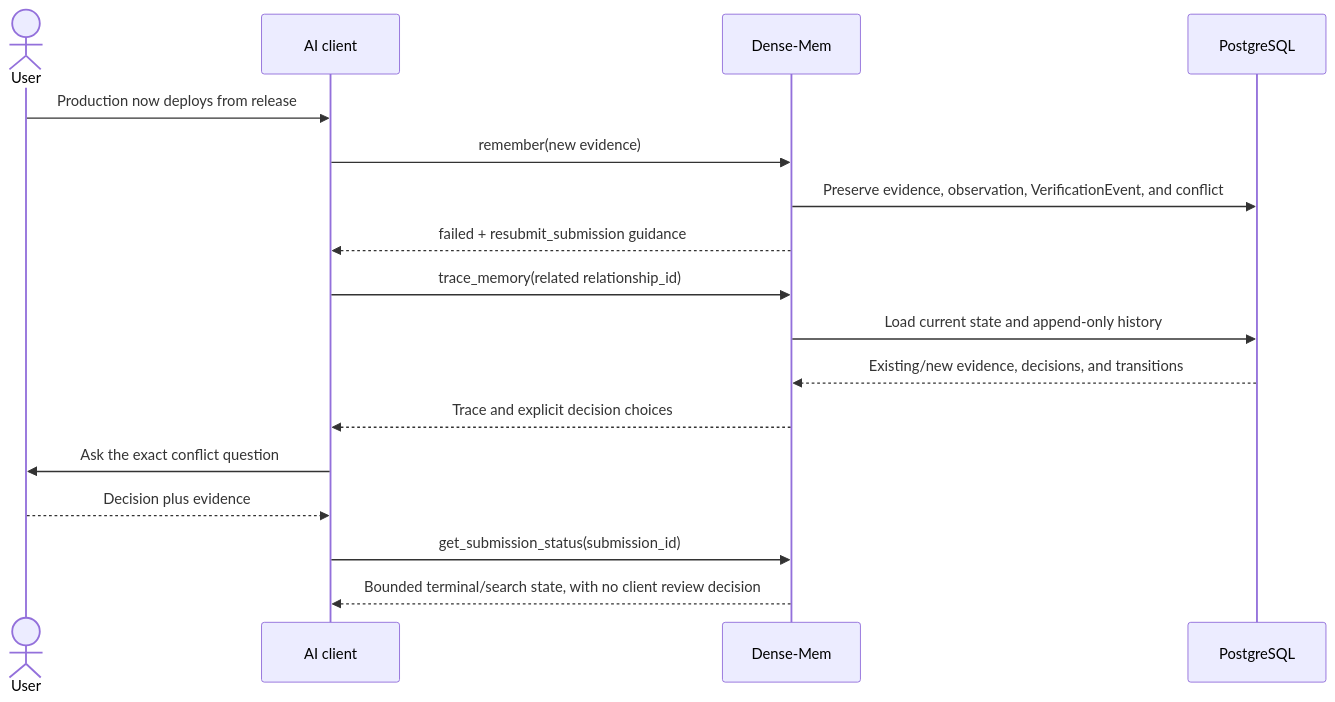
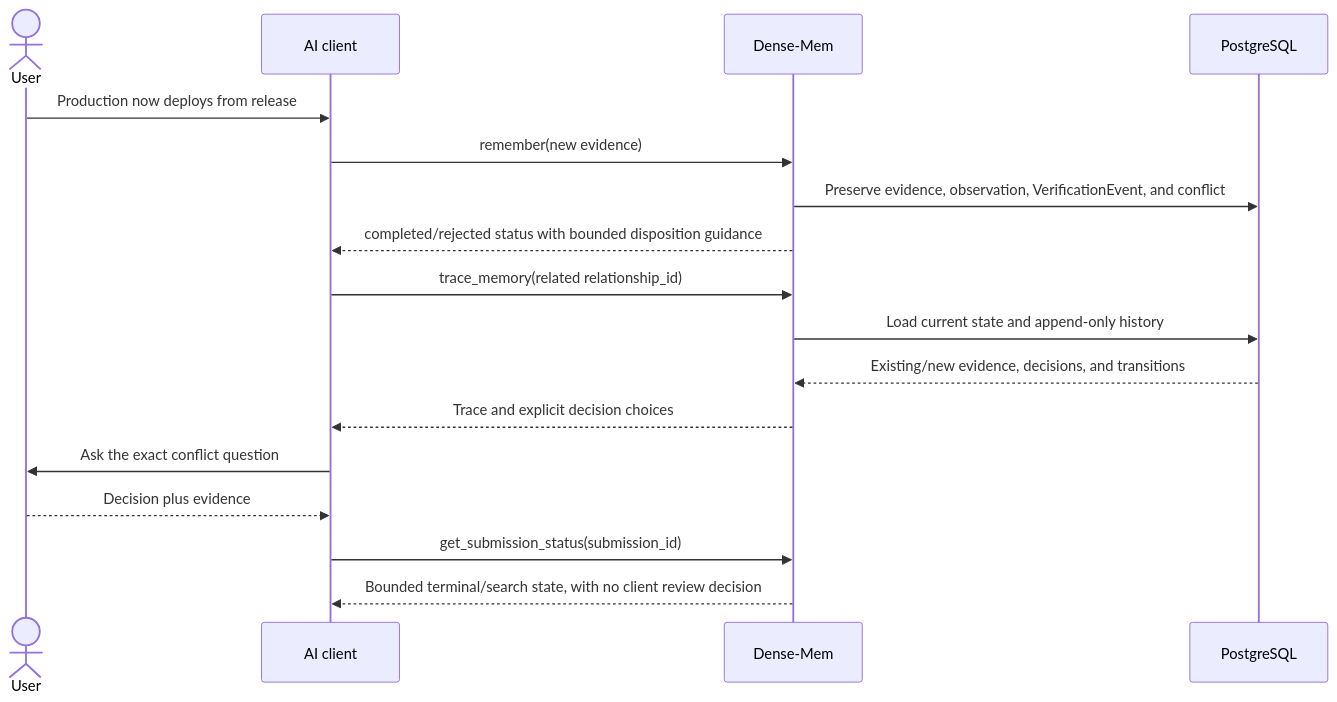
Before and after one commit to markhuangai/dense-mem: the first of 4 diagrams in Conflicts-And-Corrections.md, drawn with Mermaid. The commit also changed other lines of this file and 17 other files, not shown here.

````diff
--- a/Conflicts-And-Corrections.md
+++ b/Conflicts-And-Corrections.md
@@ -21,21 +22,21 @@
 ```mermaid
 %%{init: {"sequence": {"rightAngles": true}}}%%
 sequenceDiagram
   actor User
   participant Host as AI client
   participant DM as Dense-Mem
   participant PG as PostgreSQL
 
   User->>Host: Production now deploys from release
   Host->>DM: remember(new evidence)
   DM->>PG: Preserve evidence, observation, VerificationEvent, and conflict
-  DM-->>Host: failed + resubmit_submission guidance
+  DM-->>Host: completed/rejected status with bounded disposition guidance
   Host->>DM: trace_memory(related relationship_id)
   DM->>PG: Load current state and append-only history
   PG-->>DM: Existing/new evidence, decisions, and transitions
   DM-->>Host: Trace and explicit decision choices
   Host->>User: Ask the exact conflict question
   User-->>Host: Decision plus evidence
   Host->>DM: get_submission_status(submission_id)
   DM-->>Host: Bounded terminal/search state, with no client review decision
 ```
````
